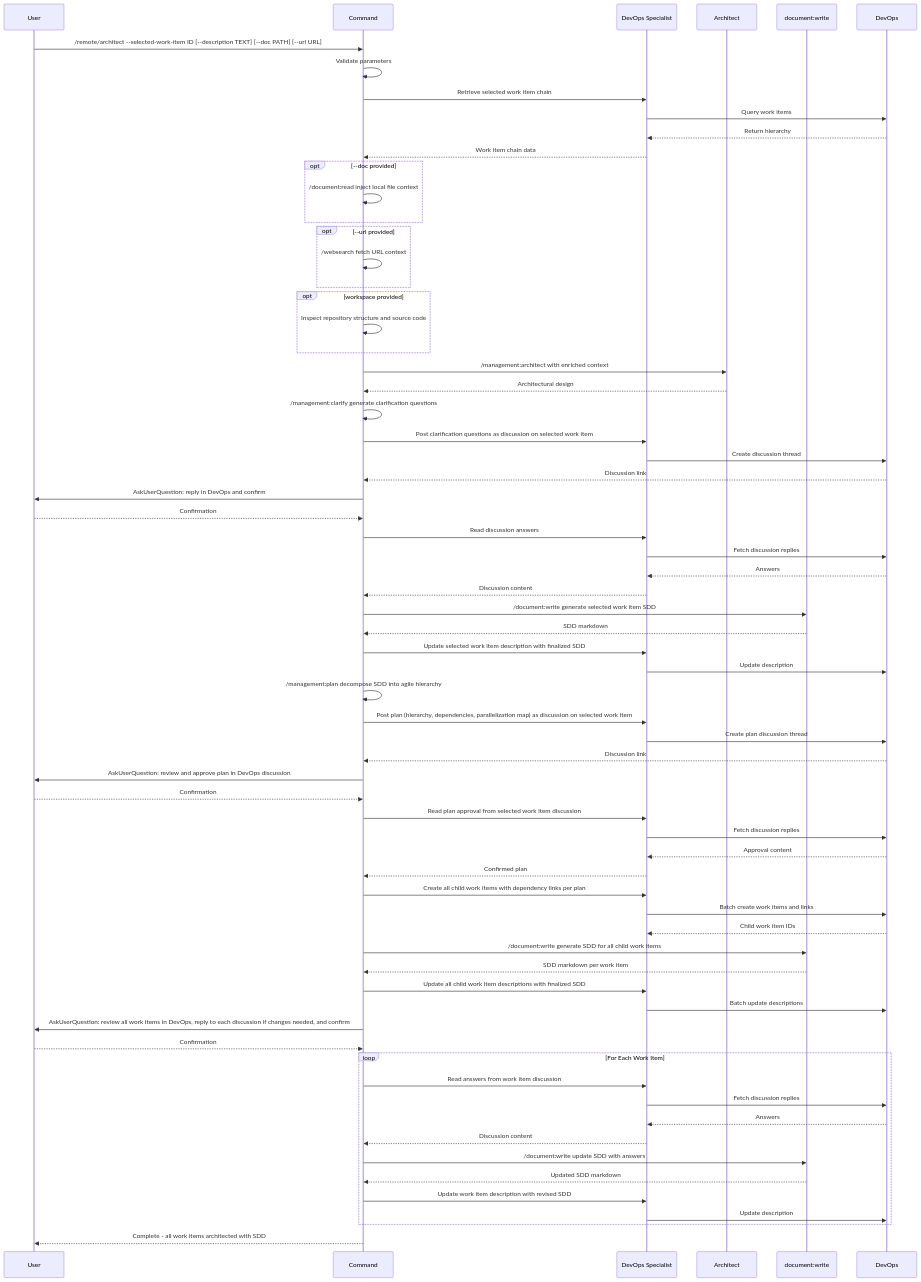
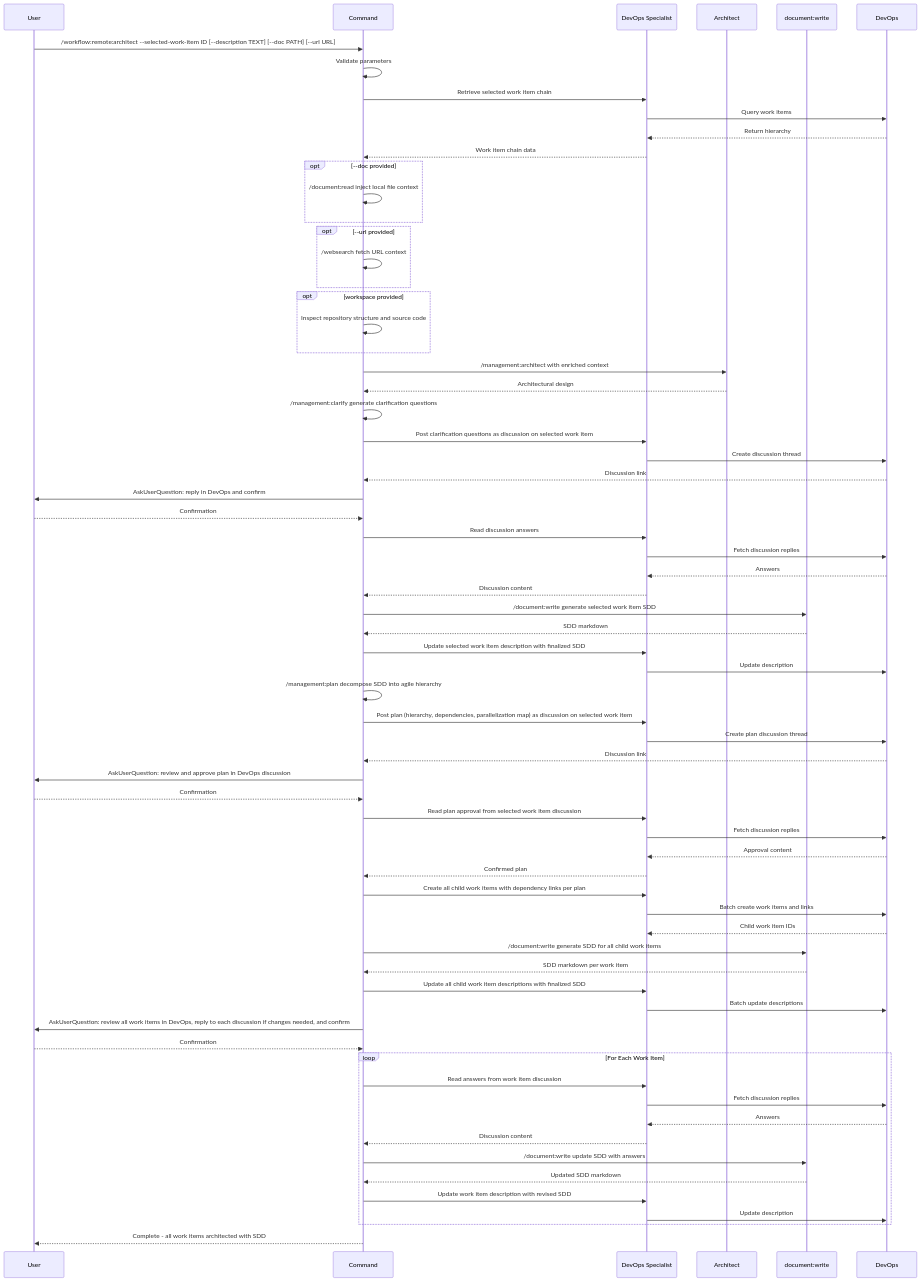
Before and after one commit to zzaia/zzaia-agentic-workspace: the diagram in .claude/commands/workflow/remote/architect.md, drawn with Mermaid. The commit also changed 9 other files, not shown here.

````diff
--- a/.claude/commands/workflow/remote/architect.md
+++ b/.claude/commands/workflow/remote/architect.md
@@ -75,71 +75,71 @@
 ```mermaid
 sequenceDiagram
     participant U as User
     participant C as Command
     participant WM as DevOps Specialist
     participant AR as Architect
     participant DW as document:write
     participant D as DevOps
 
-    U->>C: /remote/architect --selected-work-item ID [--description TEXT] [--doc PATH] [--url URL]
+    U->>C: /workflow:remote:architect --selected-work-item ID [--description TEXT] [--doc PATH] [--url URL]
     C->>C: Validate parameters
     C->>WM: Retrieve selected work item chain
     WM->>D: Query work items
     D-->>WM: Return hierarchy
     WM-->>C: Work item chain data
     opt --doc provided
         C->>C: /document:read inject local file context
     end
     opt --url provided
         C->>C: /websearch fetch URL context
     end
     opt workspace provided
         C->>C: Inspect repository structure and source code
     end
     C->>AR: /management:architect with enriched context
     AR-->>C: Architectural design
     C->>C: /management:clarify generate clarification questions
     C->>WM: Post clarification questions as discussion on selected work item
     WM->>D: Create discussion thread
     D-->>C: Discussion link
     C->>U: AskUserQuestion: reply in DevOps and confirm
     U-->>C: Confirmation
     C->>WM: Read discussion answers
     WM->>D: Fetch discussion replies
     D-->>WM: Answers
     WM-->>C: Discussion content
     C->>DW: /document:write generate selected work item SDD
     DW-->>C: SDD markdown
     C->>WM: Update selected work item description with finalized SDD
     WM->>D: Update description
     C->>C: /management:plan decompose SDD into agile hierarchy
     C->>WM: Post plan (hierarchy, dependencies, parallelization map) as discussion on selected work item
     WM->>D: Create plan discussion thread
     D-->>C: Discussion link
     C->>U: AskUserQuestion: review and approve plan in DevOps discussion
     U-->>C: Confirmation
     C->>WM: Read plan approval from selected work item discussion
     WM->>D: Fetch discussion replies
     D-->>WM: Approval content
     WM-->>C: Confirmed plan
     C->>WM: Create all child work items with dependency links per plan
     WM->>D: Batch create work items and links
     D-->>WM: Child work item IDs
     C->>DW: /document:write generate SDD for all child work items
     DW-->>C: SDD markdown per work item
     C->>WM: Update all child work item descriptions with finalized SDD
     WM->>D: Batch update descriptions
     C->>U: AskUserQuestion: review all work items in DevOps, reply to each discussion if changes needed, and confirm
     U-->>C: Confirmation
     loop For Each Work Item
         C->>WM: Read answers from work item discussion
         WM->>D: Fetch discussion replies
         D-->>WM: Answers
         WM-->>C: Discussion content
         C->>DW: /document:write update SDD with answers
         DW-->>C: Updated SDD markdown
         C->>WM: Update work item description with revised SDD
         WM->>D: Update description
     end
     C-->>U: Complete - all work items architected with SDD
 ```
````
